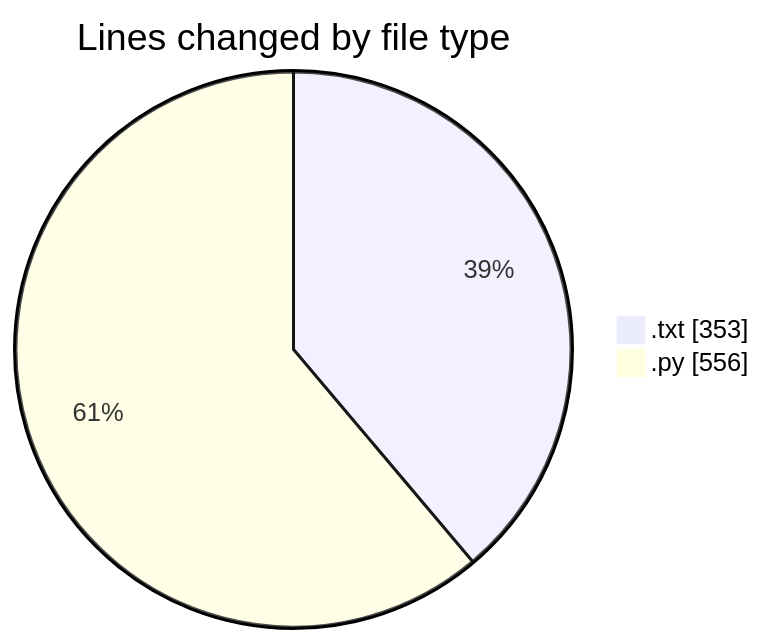
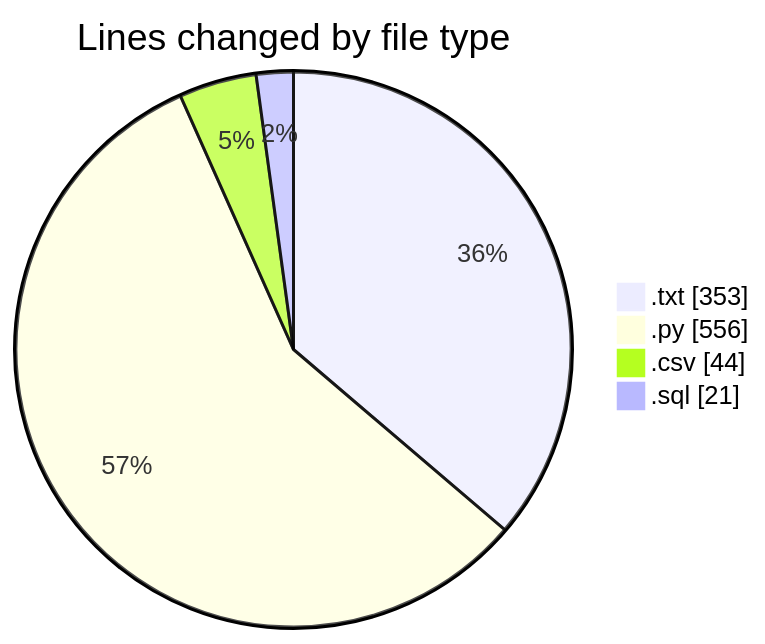
The first of 2 diagrams in 2025-09-10/data/README.md (lephambinh05/code-tracking), drawn with Mermaid before and after one commit. The commit also changed other lines of this file and 1 other file, not shown here.

````diff
--- a/2025-09-10/data/README.md
+++ b/2025-09-10/data/README.md
@@ -27,6 +29,8 @@
 ```mermaid
 pie showData
 title Lines changed by file type
 ".txt" : 353
 ".py" : 556
+".csv" : 44
+".sql" : 21
 ```
````
